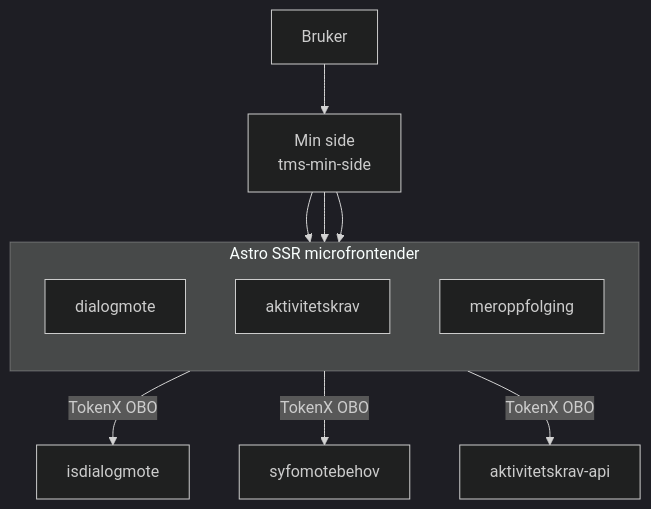
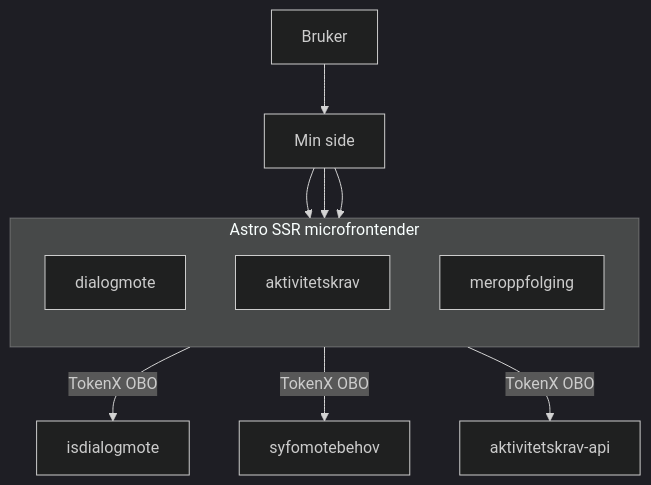
Before and after one commit to navikt/esyfo-microfrontends: the first of 2 diagrams in README.md, drawn with Mermaid (dark theme).

Commit message:
docs: forenkle Min side-node i mermaid-diagram

````diff
--- a/README.md
+++ b/README.md
@@ -15,19 +15,19 @@
 ```mermaid
 flowchart TD
-  U[Bruker] --> M[Min side\ntms-min-side]
+  U[Bruker] --> M[Min side]
 
   subgraph MF[Astro SSR microfrontender]
     direction TB
     D[dialogmote]
     A[aktivitetskrav]
     MP[meroppfolging]
   end
 
   M --> D
   M --> A
   M --> MP
 
   D -- "TokenX OBO" --> B1[isdialogmote]
   D -- "TokenX OBO" --> B2[syfomotebehov]
   A -- "TokenX OBO" --> B3[aktivitetskrav-api]
 ```
````
